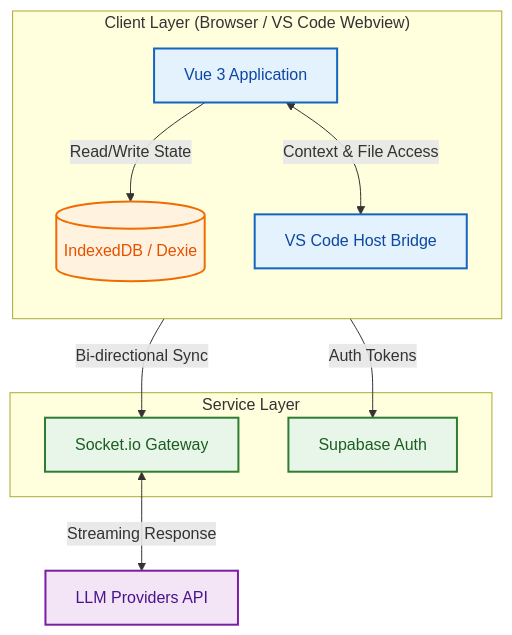
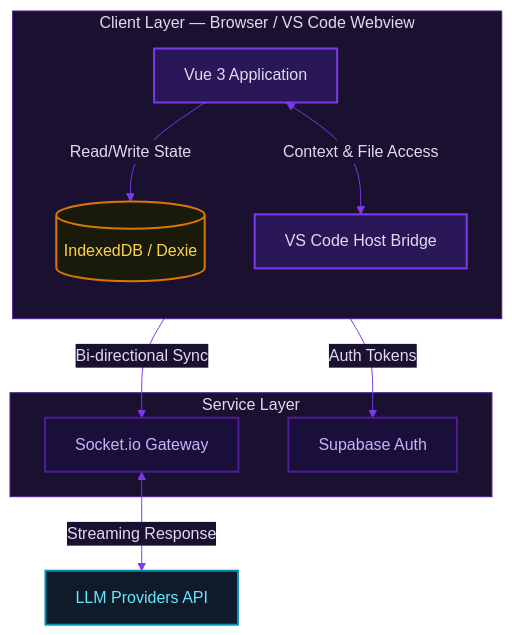
The first of 5 diagrams in README.md (BabaDeluxe/babadeluxe-webview), drawn with Mermaid before and after one commit. The commit also changed other lines of this file, not shown here.

Commit message:
docs: :art: Applied consistent dark purple cyberpunk theme to all Mermaid diagrams

````diff
--- a/README.md
+++ b/README.md
@@ -27,28 +27,29 @@
 ```mermaid
+%%{init: {'theme': 'base', 'themeVariables': {'background': '#13111a', 'primaryColor': '#2a1758', 'primaryTextColor': '#e2d9f3', 'primaryBorderColor': '#7c3aed', 'lineColor': '#7c3aed', 'secondaryColor': '#1a0f3a', 'tertiaryColor': '#0f1a2a', 'edgeLabelBackground': '#1a1030', 'clusterBkg': '#1a1030', 'clusterBorder': '#4c1d95', 'titleColor': '#e2d9f3', 'nodeBorder': '#7c3aed', 'mainBkg': '#2a1758', 'fontFamily': 'monospace'}}}%%
 graph TD
-    classDef client fill:#e3f2fd,stroke:#1565c0,stroke-width:2px,color:#0d47a1
-    classDef backend fill:#e8f5e9,stroke:#2e7d32,stroke-width:2px,color:#1b5e20
-    classDef storage fill:#fff3e0,stroke:#ef6c00,stroke-width:2px,color:#e65100
-    classDef ext fill:#f3e5f5,stroke:#7b1fa2,stroke-width:2px,color:#4a148c
+    classDef client fill:#2a1758,stroke:#7c3aed,stroke-width:2px,color:#e2d9f3
+    classDef backend fill:#1a0f3a,stroke:#4c1d95,stroke-width:2px,color:#c4b5fd
+    classDef storage fill:#1a1a0a,stroke:#d97706,stroke-width:2px,color:#fcd34d
+    classDef ext fill:#0f1a2a,stroke:#0891b2,stroke-width:2px,color:#67e8f9
 
-    subgraph ClientLayer ["Client Layer (Browser / VS Code Webview)"]
+    subgraph ClientLayer ["Client Layer — Browser / VS Code Webview"]
         direction TB
         VueApp[Vue 3 Application]:::client
         DexieDB[(IndexedDB / Dexie)]:::storage
         VSCodeBridge[VS Code Host Bridge]:::client
     end
 
     subgraph ServiceLayer ["Service Layer"]
         SocketServer[Socket.io Gateway]:::backend
         Supabase[Supabase Auth]:::backend
     end
 
     External[LLM Providers API]:::ext
 
     VueApp -->|Read/Write State| DexieDB
     VueApp -->|Bi-directional Sync| SocketServer
     VueApp -->|Auth Tokens| Supabase
     VueApp <-->|Context & File Access| VSCodeBridge
 
     SocketServer <-->|Streaming Response| External
 ```
````
